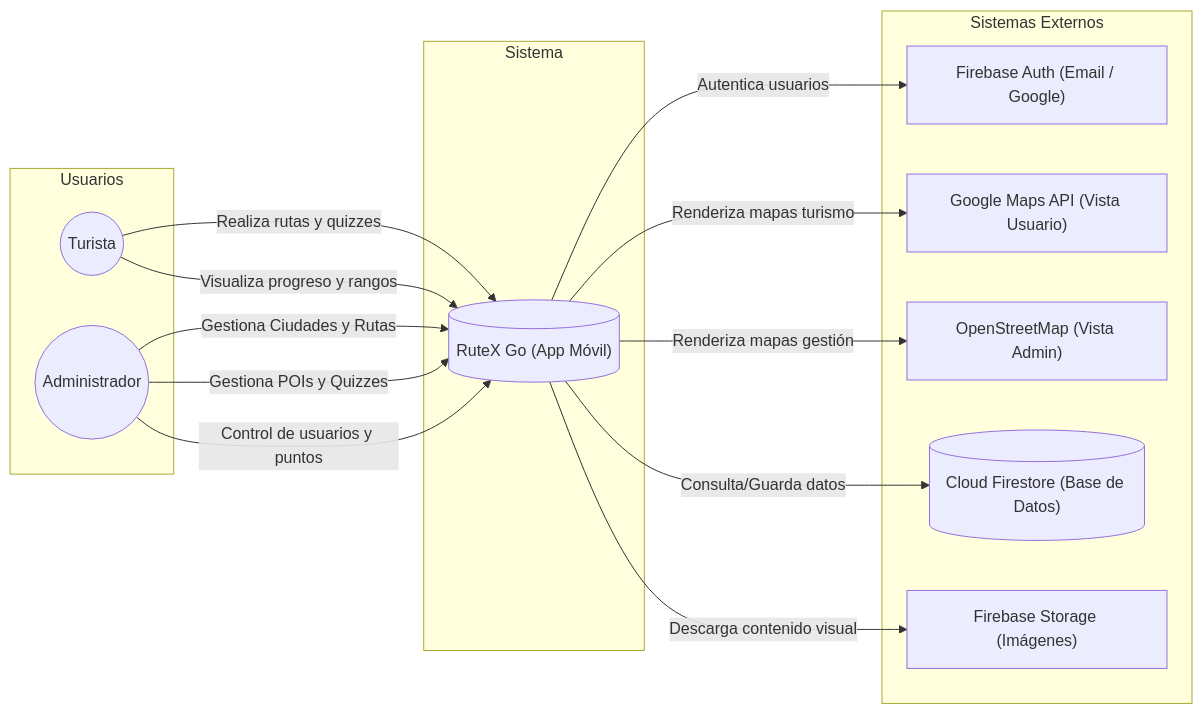
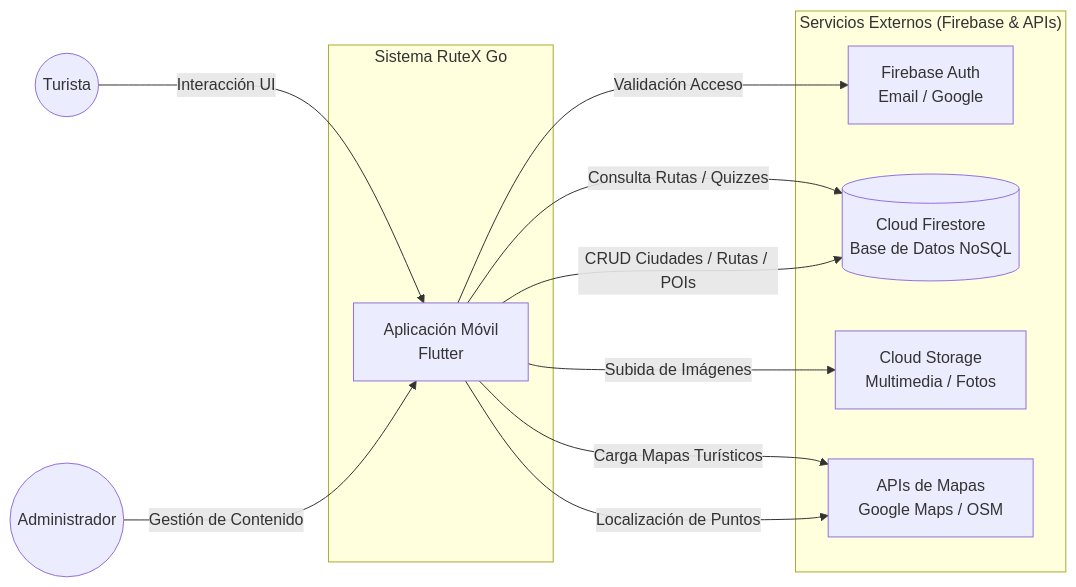
Before and after one commit to TurisTechTeam-Dev/rutexgo-assets: the third of 3 diagrams in diagrama.md, drawn with Mermaid.

````diff
--- a/diagrama.md
+++ b/diagrama.md
@@ -149,34 +149,31 @@
 ```mermaid
 graph LR
-    subgraph "Usuarios"
-        U1((Turista))
-        U2((Administrador))
+    %% Actores
+    U1((Turista))
+    U2((Administrador))
+
+    %% Sistema Central
+    subgraph "Sistema RuteX Go"
+        App[Aplicación Móvil<br/>Flutter]
     end
 
-    subgraph "Sistema"
-        App[("RuteX Go (App Móvil)")]
+    %% Servicios Externos
+    subgraph "Servicios Externos (Firebase & APIs)"
+        Auth[Firebase Auth<br/>Email / Google]
+        Firestore[(Cloud Firestore<br/>Base de Datos NoSQL)]
+        Storage[Cloud Storage<br/>Multimedia / Fotos]
+        Maps[APIs de Mapas<br/>Google Maps / OSM]
     end
 
-    subgraph "Sistemas Externos"
-        Auth["Firebase Auth (Email / Google)"]
-        Gmaps["Google Maps API (Vista Usuario)"]
-        OSM["OpenStreetMap (Vista Admin)"]
-        Firestore[("Cloud Firestore (Base de Datos)")]
-        Storage["Firebase Storage (Imágenes)"]
-    end
+    %% Flujo de interacciones del Turista
+    U1 -- "Interacción UI" --> App
+    App -- "Validación Acceso" --> Auth
+    App -- "Consulta Rutas / Quizzes" --> Firestore
+    App -- "Carga Mapas Turísticos" --> Maps
 
-    %% Interacciones Turista
-    U1 -- "Realiza rutas y quizzes" --> App
-    U1 -- "Visualiza progreso y rangos" --> App
-    
-    %% Interacciones Admin
-    U2 -- "Gestiona Ciudades y Rutas" --> App
-    U2 -- "Gestiona POIs y Quizzes" --> App
-    U2 -- "Control de usuarios y puntos" --> App
-    
-    App -- "Autentica usuarios" --> Auth
-    App -- "Consulta/Guarda datos" --> Firestore
-    App -- "Descarga contenido visual" --> Storage
-    App -- "Renderiza mapas turismo" --> Gmaps
-    App -- "Renderiza mapas gestión" --> OSM
+    %% Flujo de interacciones del Admin
+    U2 -- "Gestión de Contenido" --> App
+    App -- "CRUD Ciudades / Rutas / POIs" --> Firestore
+    App -- "Subida de Imágenes" --> Storage
+    App -- "Localización de Puntos" --> Maps
 ```
````
